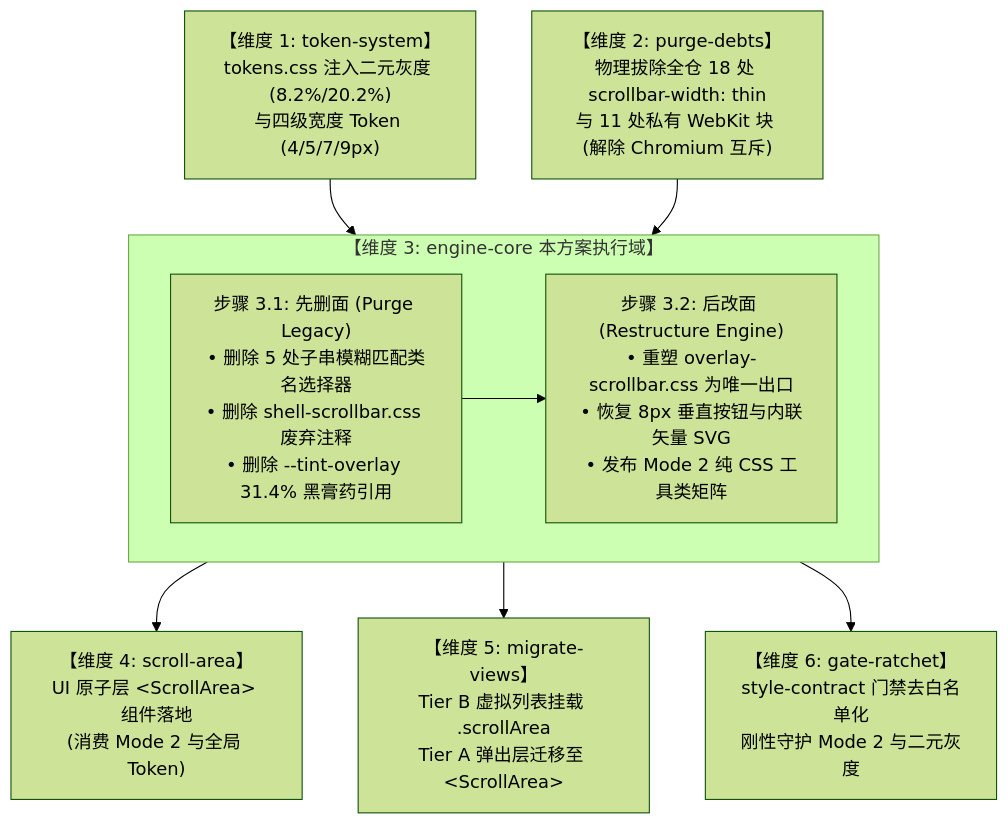
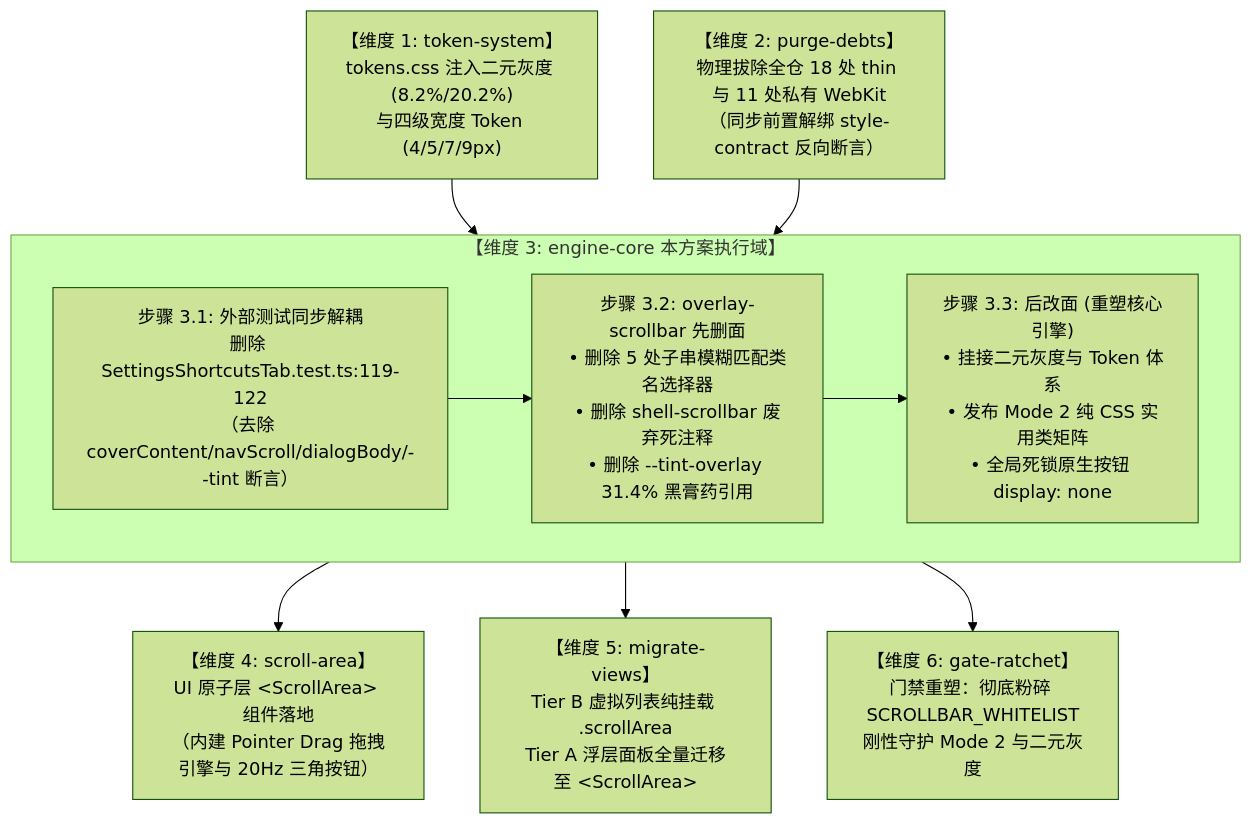
Before and after one commit to atobelix/crish: the diagram in docs/unified-scrollbar-system/detailed-plans/03-plan-engine-core.md, drawn with Mermaid (forest theme). The commit also changed other lines of this file and 3 other files, not shown here.

````diff
--- a/docs/unified-scrollbar-system/detailed-plans/03-plan-engine-core.md
+++ b/docs/unified-scrollbar-system/detailed-plans/03-plan-engine-core.md
@@ -901,21 +771,23 @@
 ```mermaid
 flowchart TD
     D1["【维度 1: token-system】<br>tokens.css 注入二元灰度 (8.2%/20.2%)<br>与四级宽度 Token (4/5/7/9px)"]
-    D2["【维度 2: purge-debts】<br>物理拔除全仓 18 处 scrollbar-width: thin<br>与 11 处私有 WebKit 块 (解除 Chromium 互斥)"]
+    D2["【维度 2: purge-debts】<br>物理拔除全仓 18 处 thin 与 11 处私有 WebKit<br>（同步前置解绑 style-contract 反向断言）"]
     
     subgraph D3_Domain ["【维度 3: engine-core 本方案执行域】"]
-        D3_Del["步骤 3.1: 先删面 (Purge Legacy)<br>• 删除 5 处子串模糊匹配类名选择器<br>• 删除 shell-scrollbar.css 废弃注释<br>• 删除 --tint-overlay 31.4% 黑膏药引用"]
-        D3_Add["步骤 3.2: 后改面 (Restructure Engine)<br>• 重塑 overlay-scrollbar.css 为唯一出口<br>• 恢复 8px 垂直按钮与内联矢量 SVG<br>• 发布 Mode 2 纯 CSS 工具类矩阵"]
+        D3_Del_Test["步骤 3.1: 外部测试同步解耦<br>删除 SettingsShortcutsTab.test.ts:119-122<br>（去除 coverContent/navScroll/dialogBody/--tint 断言）"]
+        D3_Del_CSS["步骤 3.2: overlay-scrollbar 先删面<br>• 删除 5 处子串模糊匹配类名选择器<br>• 删除 shell-scrollbar 废弃死注释<br>• 删除 --tint-overlay 31.4% 黑膏药引用"]
+        D3_Add["步骤 3.3: 后改面 (重塑核心引擎)<br>• 挂接二元灰度与 Token 体系<br>• 发布 Mode 2 纯 CSS 实用类矩阵<br>• 全局死锁原生按钮 display: none"]
     end
     
-    D4["【维度 4: scroll-area】<br>UI 原子层 &lt;ScrollArea&gt; 组件落地<br>(消费 Mode 2 与全局 Token)"]
-    D5["【维度 5: migrate-views】<br>Tier B 虚拟列表挂载 .scrollArea<br>Tier A 弹出层迁移至 &lt;ScrollArea&gt;"]
-    D6["【维度 6: gate-ratchet】<br>style-contract 门禁去白名单化<br>刚性守护 Mode 2 与二元灰度"]
+    D4["【维度 4: scroll-area】<br>UI 原子层 &lt;ScrollArea&gt; 组件落地<br>（内建 Pointer Drag 拖拽引擎与 20Hz 三角按钮）"]
+    D5["【维度 5: migrate-views】<br>Tier B 虚拟列表纯挂载 .scrollArea<br>Tier A 浮层面板全量迁移至 &lt;ScrollArea&gt;"]
+    D6["【维度 6: gate-ratchet】<br>门禁重塑：彻底粉碎 SCROLLBAR_WHITELIST<br>刚性守护 Mode 2 与二元灰度"]
 
     D1 --> D3_Domain
     D2 --> D3_Domain
-    D3_Del --> D3_Add
+    D3_Del_Test --> D3_Del_CSS
+    D3_Del_CSS --> D3_Add
     D3_Domain --> D4
     D3_Domain --> D5
     D3_Domain --> D6
 ```
````
